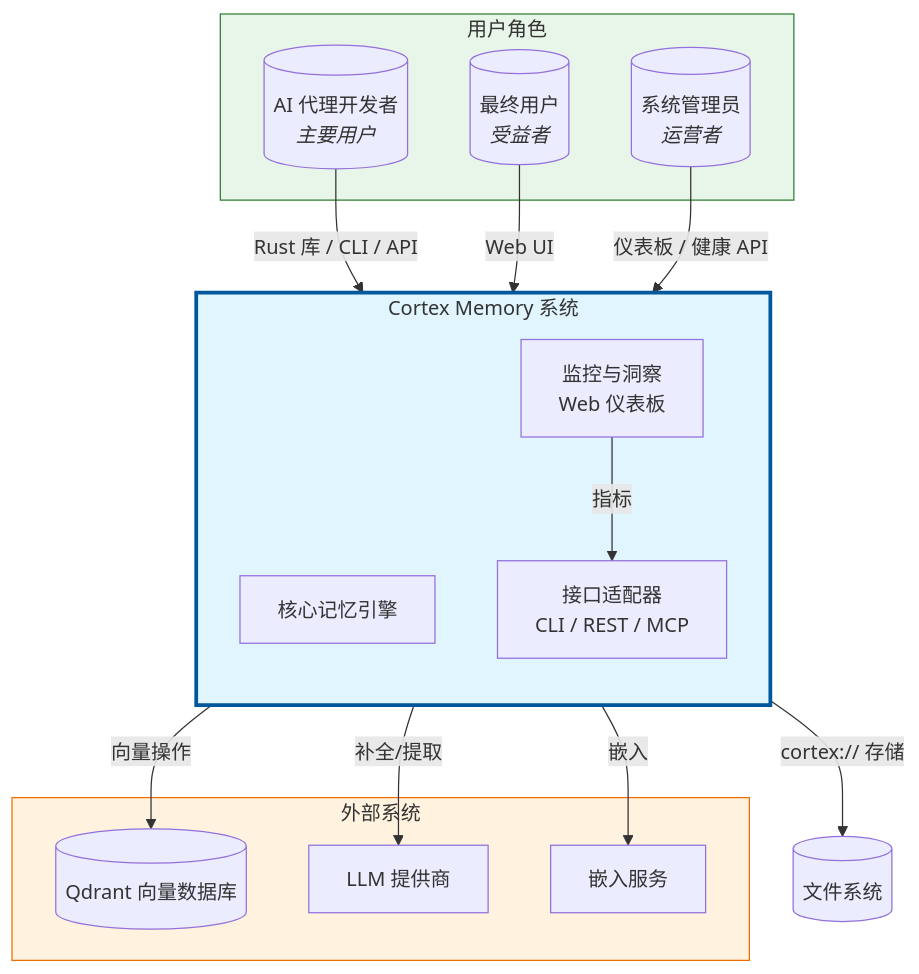
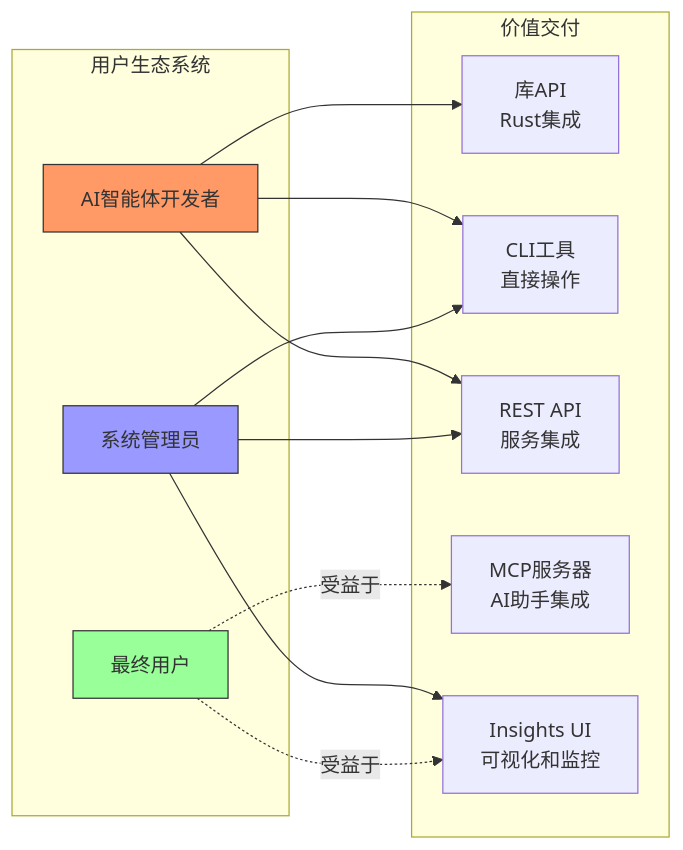
Before and after one commit to sopaco/cortex-mem: the second of 14 diagrams in litho.docs/zh/2、架构概览.md, drawn with Mermaid. The commit also changed other lines of this file and 45 other files, not shown here.

````diff
--- a/litho.docs/zh/2、架构概览.md
+++ b/litho.docs/zh/2、架构概览.md
@@ -93,36 +91,29 @@
 ```mermaid
-flowchart TB
-    subgraph Users["用户角色"]
-        Dev[(AI 代理开发者<br/><i>主要用户</i>)]
-        EndUser[(最终用户<br/><i>受益者</i>)]
-        Admin[(系统管理员<br/><i>运营者</i>)]
+graph LR
+    subgraph Users["用户生态系统"]
+        DEV[AI智能体开发者]
+        END[最终用户]
+        OPS[系统管理员]
     end
     
-    subgraph CortexMem["Cortex Memory 系统"]
-        direction TB
-        Core[核心记忆引擎]
-        Interfaces[接口适配器<br/>CLI / REST / MCP]
-        Insights[监控与洞察<br/>Web 仪表板]
+    subgraph Value["价值交付"]
+        LIB[库API<br/>Rust集成]
+        CLI[CLI工具<br/>直接操作]
+        HTTP[REST API<br/>服务集成]
+        MCP[MCP服务器<br/>AI助手集成]
+        UI[Insights UI<br/>可视化和监控]
     end
     
-    subgraph External["外部系统"]
-        Qdrant[(Qdrant 向量数据库)]
-        LLM[LLM 提供商]
-        Embed[嵌入服务]
-    end
+    DEV --> LIB
+    DEV --> CLI
+    DEV --> HTTP
+    OPS --> CLI
+    OPS --> HTTP
+    OPS --> UI
+    END -.->|受益于| MCP
+    END -.->|受益于| UI
     
-    Dev -->|Rust 库 / CLI / API| Interfaces
-    EndUser -->|Web UI| Insights
-    Admin -->|仪表板 / 健康 API| Insights
-    
-    Interfaces -->|向量操作| Qdrant
-    Core -->|嵌入| Embed
-    Core -->|补全/提取| LLM
-    Core -->|cortex:// 存储| FS[(文件系统)]
-    
-    Insights -->|指标| Interfaces
-    
-    style CortexMem fill:#e1f5ff,stroke:#01579b,stroke-width:3px
-    style Users fill:#e8f5e9,stroke:#2e7d32
-    style External fill:#fff3e0,stroke:#ef6c00
+    style DEV fill:#f96,stroke:#333
+    style END fill:#9f9,stroke:#333
+    style OPS fill:#99f,stroke:#333
 ```
````
